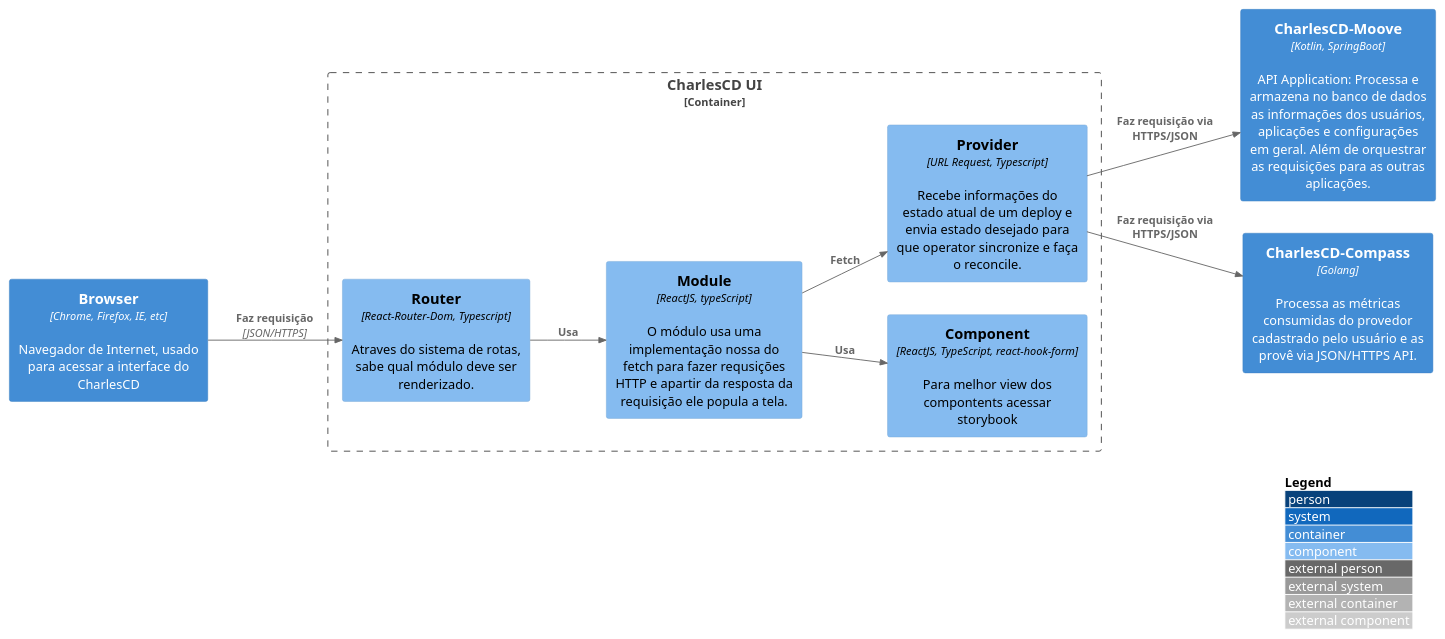
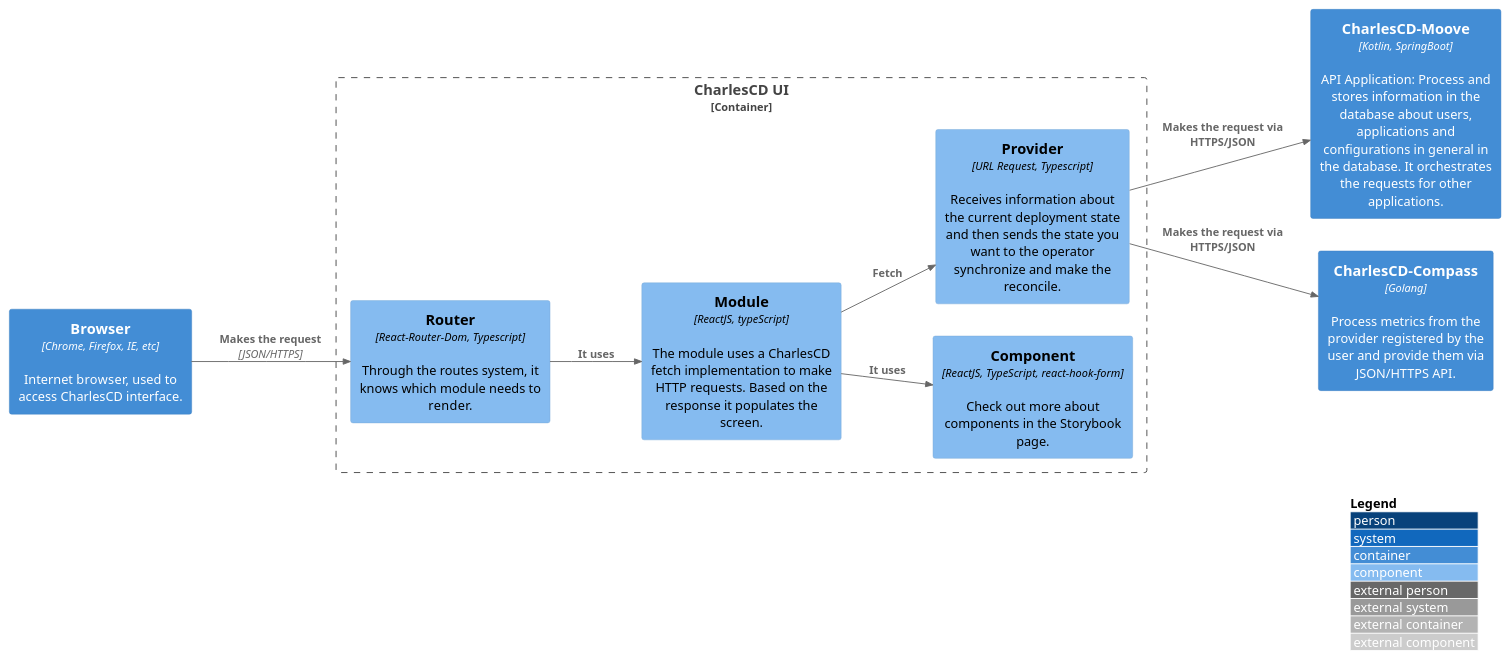
The diagram in en/src/C3 -  Component/UI/c3.puml (ZupIT/charlescd-c4model), drawn with PlantUML before and after one commit. The commit also changed 19 other files, not shown here.

```diff
--- a/en/src/C3 -  Component/UI/c3.puml
+++ b/en/src/C3 -  Component/UI/c3.puml
@@ -1,28 +1,28 @@
 @startuml c2
 !include https://raw.githubusercontent.com/adrianvlupu/C4-PlantUML/latest/C4_Component.puml
 
 LAYOUT_WITH_LEGEND()
 LAYOUT_LEFT_RIGHT()
 
-Container(browser, "Browser", "Chrome, Firefox, IE, etc", "Navegador de Internet, usado para acessar a interface do CharlesCD")
-Container(moove, "CharlesCD-Moove", "Kotlin, SpringBoot", "API Application: Processa e armazena no banco de dados as informações dos usuários, aplicações e configurações em geral. Além de orquestrar as requisições para as outras aplicações.")
-Container(compass, "CharlesCD-Compass", "Golang", "Processa as métricas consumidas do provedor cadastrado pelo usuário e as provê via JSON/HTTPS API.")
+Container(browser, "Browser", "Chrome, Firefox, IE, etc", "Internet browser, used to access CharlesCD interface.")
+Container(moove, "CharlesCD-Moove", "Kotlin, SpringBoot", "API Application: Process and stores information in the database about users, applications and configurations in general in the database. It orchestrates the requests for other applications.")
+Container(compass, "CharlesCD-Compass", "Golang", "Process metrics from the provider registered by the user and provide them via JSON/HTTPS API.")
 
 Container_Boundary(charlescd_ui, "CharlesCD UI"){
    
-    Component(routes, "Router", "React-Router-Dom, Typescript", "Atraves do sistema de rotas, sabe qual módulo deve ser renderizado.")
-    Component(module, "Module", "ReactJS, typeScript", "O módulo usa uma implementação nossa do fetch para fazer requsições HTTP e apartir da resposta da requisição ele popula a tela.")
-    Component(component, "Component", "ReactJS, TypeScript, react-hook-form", "Para melhor view dos compontents acessar storybook")
-    Component(provider, "Provider", "URL Request, Typescript", "Recebe informações do estado atual de um deploy e envia estado desejado para que operator sincronize e faça o reconcile.")
+    Component(routes, "Router", "React-Router-Dom, Typescript", "Through the routes system, it knows which module needs to render.")
+    Component(module, "Module", "ReactJS, typeScript", "The module uses a CharlesCD fetch implementation to make HTTP requests. Based on the response it populates the screen.")
+    Component(component, "Component", "ReactJS, TypeScript, react-hook-form", "Check out more about components in the Storybook page.")
+    Component(provider, "Provider", "URL Request, Typescript", "Receives information about the current deployment state and then sends the state you want to the operator synchronize and make the reconcile.")
    
     
-    Rel(routes, module, "Usa")
-    Rel(module, component, "Usa")
+    Rel(routes, module, "It uses")
+    Rel(module, component, "It uses")
     Rel(module, provider, "Fetch")
-    Rel(provider, moove, "Faz requisição via HTTPS/JSON")
-    Rel(provider, compass, "Faz requisição via HTTPS/JSON")
-   
+    Rel(provider, moove, "Makes the request via HTTPS/JSON")
+    Rel(provider, compass, "Makes the request via HTTPS/JSON")
+    
 }
 
-Rel(browser, routes, "Faz requisição", "JSON/HTTPS")
+Rel(browser, routes, "Makes the request", "JSON/HTTPS")
 @enduml
```
